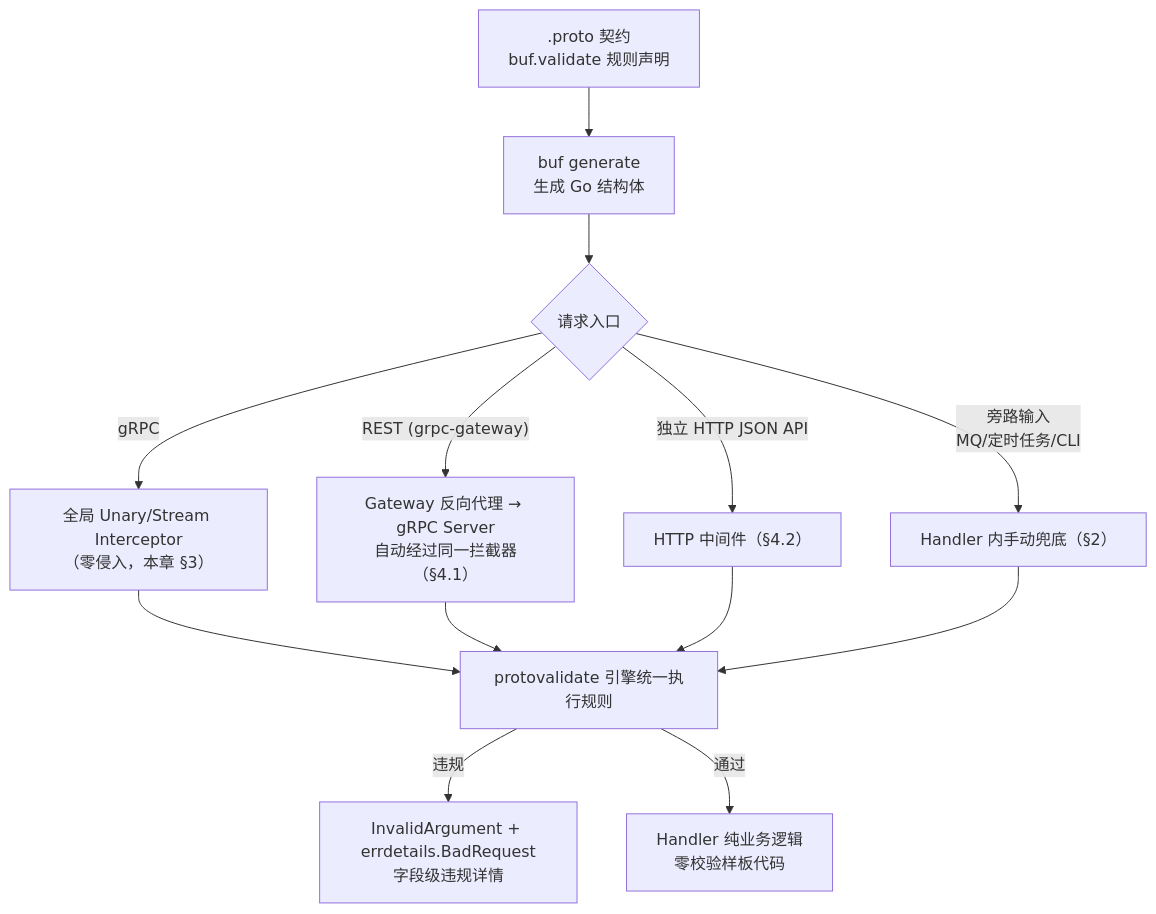
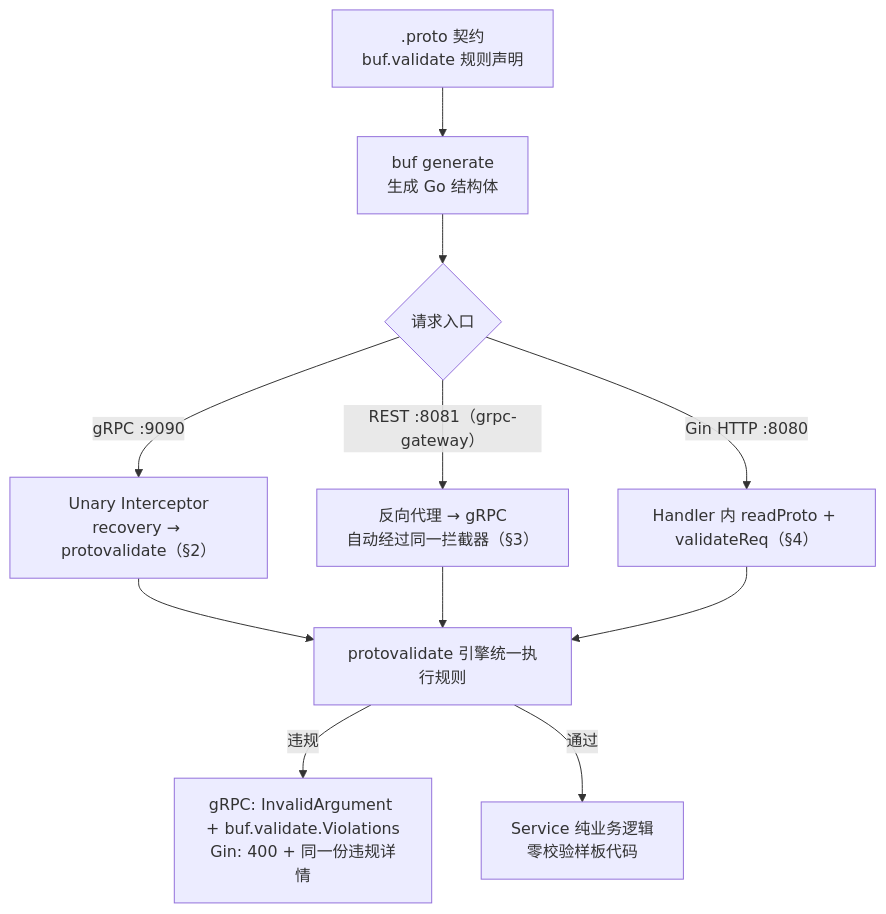
One commit to harmsworth/go-buf-api-template changed the diagram in docs/EXAMPLES.md. Above: the diagram before and after it, drawn with Mermaid. The commit also changed other lines of this file and 5 other files, not shown here.

````diff
--- a/docs/EXAMPLES.md
+++ b/docs/EXAMPLES.md
@@ -29,12 +19,11 @@
 ```mermaid
 flowchart TD
     A[".proto 契约<br/>buf.validate 规则声明"] --> B["buf generate<br/>生成 Go 结构体"]
     B --> C{"请求入口"}
-    C -- "gRPC" --> D["全局 Unary/Stream Interceptor<br/>（零侵入，本章 §3）"]
-    C -- "REST (grpc-gateway)" --> E["Gateway 反向代理 → gRPC Server<br/>自动经过同一拦截器（§4.1）"]
-    C -- "独立 HTTP JSON API" --> F["HTTP 中间件（§4.2）"]
-    C -- "旁路输入<br/>MQ/定时任务/CLI" --> G["Handler 内手动兜底（§2）"]
-    D & E & F & G --> H["protovalidate 引擎统一执行规则"]
-    H -- 违规 --> I["InvalidArgument + errdetails.BadRequest<br/>字段级违规详情"]
-    H -- 通过 --> J["Handler 纯业务逻辑<br/>零校验样板代码"]
+    C -- "gRPC :9090" --> D["Unary Interceptor<br/>recovery → protovalidate（§2）"]
+    C -- "REST :8081（grpc-gateway）" --> E["反向代理 → gRPC<br/>自动经过同一拦截器（§3）"]
+    C -- "Gin HTTP :8080" --> F["Handler 内 readProto + validateReq（§4）"]
+    D & E & F --> G["protovalidate 引擎统一执行规则"]
+    G -- 违规 --> H["gRPC: InvalidArgument + buf.validate.Violations<br/>Gin: 400 + 同一份违规详情"]
+    G -- 通过 --> I["Service 纯业务逻辑<br/>零校验样板代码"]
 ```
````
